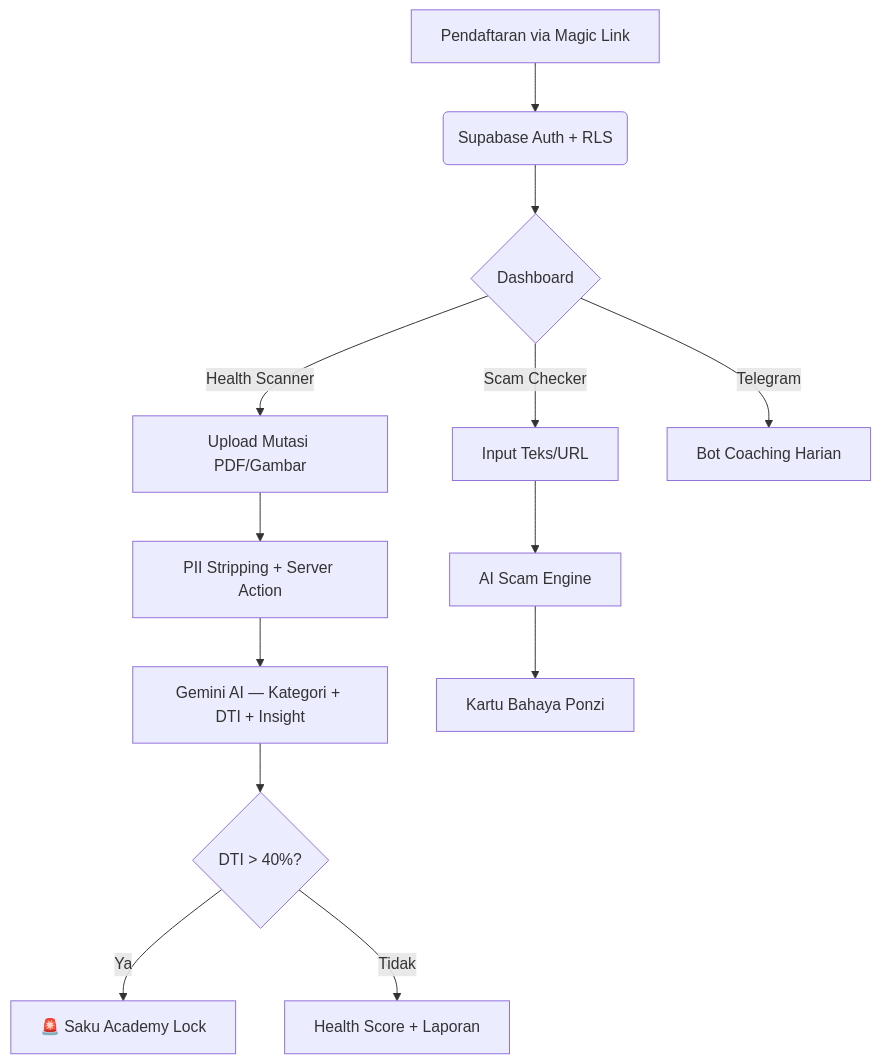
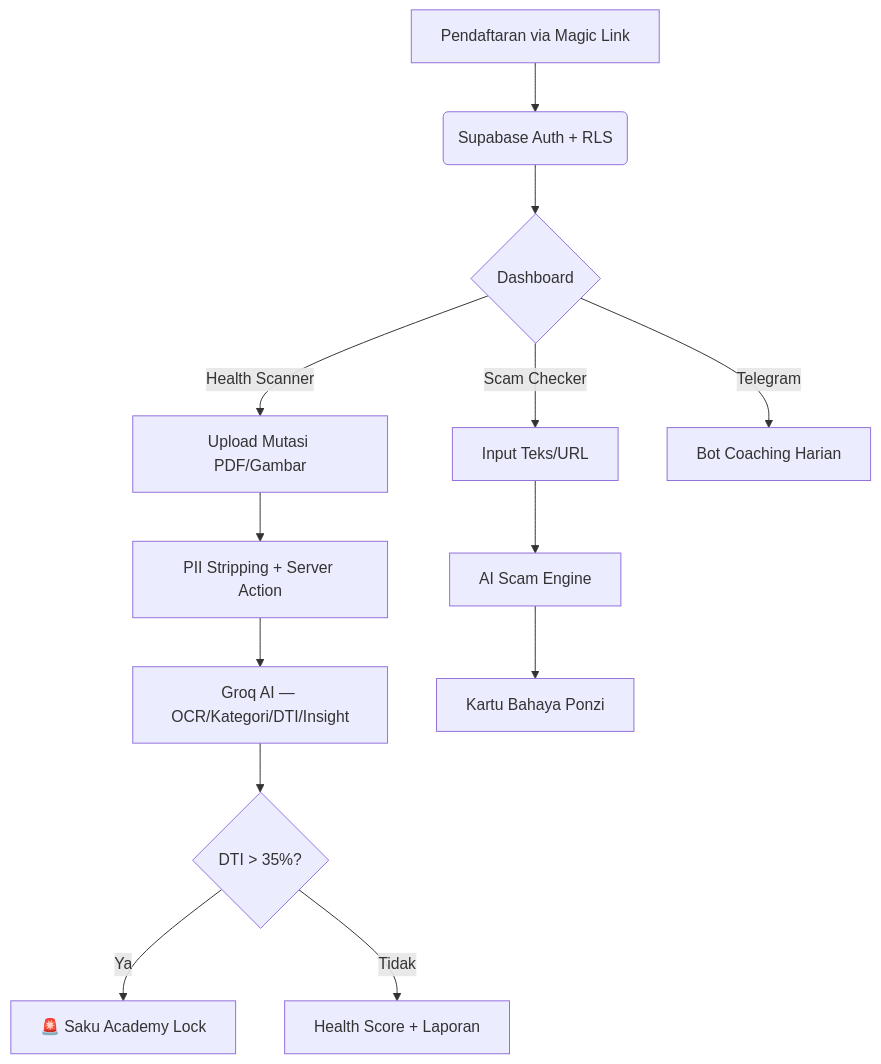
Before and after one commit to kazanaruishere-max/SafeWallet: the first of 2 diagrams in README.md, drawn with Mermaid. The commit also changed other lines of this file and 30 other files, not shown here.

````diff
--- a/README.md
+++ b/README.md
@@ -58,18 +58,18 @@
 ```mermaid
 graph TD
     A[Pendaftaran via Magic Link] --> B(Supabase Auth + RLS)
     B --> C{Dashboard}
 
     C -->|Health Scanner| D[Upload Mutasi PDF/Gambar]
     D --> E[PII Stripping + Server Action]
-    E --> F[Gemini AI — Kategori + DTI + Insight]
-    F --> G{DTI > 40%?}
+    E --> F[Groq AI — OCR/Kategori/DTI/Insight]
+    F --> G{DTI > 35%?}
     G -- Ya --> H[🚨 Saku Academy Lock]
     G -- Tidak --> I[Health Score + Laporan]
 
     C -->|Scam Checker| J[Input Teks/URL]
     J --> K[AI Scam Engine]
     K --> L[Kartu Bahaya Ponzi]
 
     C -->|Telegram| M[Bot Coaching Harian]
 ```
````
